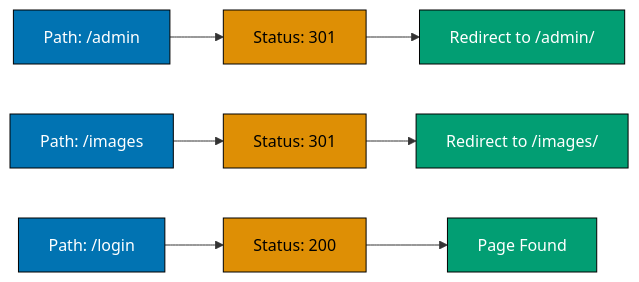
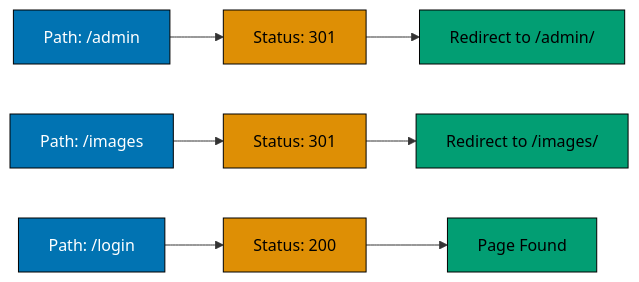
The second of 2 diagrams in apps/ayokoding-www/content/en/learn/legacy/information-security/tools/gobuster/quick-start.md (wahidyankf/ose-public), drawn with Mermaid before and after one commit. The commit also changed other lines of this file and 50 other files, not shown here.

First line of the commit message:
fix(mermaid): bring the docs, governance, plans, and legacy AI diagrams onto the accessible palette

````diff
--- a/apps/ayokoding-www/content/en/learn/legacy/information-security/tools/gobuster/quick-start.md
+++ b/apps/ayokoding-www/content/en/learn/legacy/information-security/tools/gobuster/quick-start.md
@@ -181,22 +189,28 @@
 ```mermaid
 %% Color Palette: Blue #0173B2, Orange #DE8F05, Teal #029E73, Purple #CC78BC, Brown #CA9161
 flowchart LR
+    accTitle: Understanding the Output
+    accDescr: Flowchart with 9 nodes and 6 connections. Nodes: Path: /admin, Status: 301, Redirect to /admin/, Path: /images, Status: 301, Redirect to /images/, Path: /login, Status: 200, Page Found. Connections: Path: /admin to Status: 301, Status: 301 to Redirect to /admin/, Path: /images to Status: 301, Status: 301 to Redirect to /images/, Path: /login to Status: 200, Status: 200 to Page Found.
     A["Path: /admin"] --> B["Status: 301"]
     B --> C["Redirect to /admin/"]
 
     D["Path: /images"] --> E["Status: 301"]
     E --> F["Redirect to /images/"]
 
     G["Path: /login"] --> H["Status: 200"]
     H --> I["Page Found"]
 
-    style A fill:#0173B2,stroke:#000,color:#fff
-    style B fill:#DE8F05,stroke:#000,color:#000
-    style C fill:#029E73,stroke:#000,color:#fff
-    style D fill:#0173B2,stroke:#000,color:#fff
-    style E fill:#DE8F05,stroke:#000,color:#000
-    style F fill:#029E73,stroke:#000,color:#fff
-    style G fill:#0173B2,stroke:#000,color:#fff
-    style H fill:#DE8F05,stroke:#000,color:#000
-    style I fill:#029E73,stroke:#000,color:#fff
+    classDef pal-0173B2 fill:#0173B2,stroke:#000000,color:#FFFFFF
+    class A pal-0173B2
+    classDef pal-DE8F05 fill:#DE8F05,stroke:#000000,color:#000000
+    class B pal-DE8F05
+    classDef pal-029E73 fill:#029E73,stroke:#000000,color:#000000
+    class C pal-029E73
+    class D pal-0173B2
+    class E pal-DE8F05
+    class F pal-029E73
+    class G pal-0173B2
+    class H pal-DE8F05
+    class I pal-029E73
+    classDef default fill:#FFFFFF,stroke:#000000,color:#000000
 ```
````
